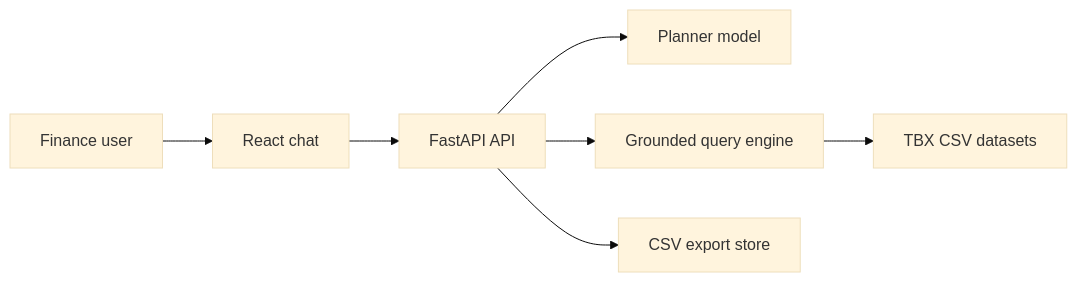
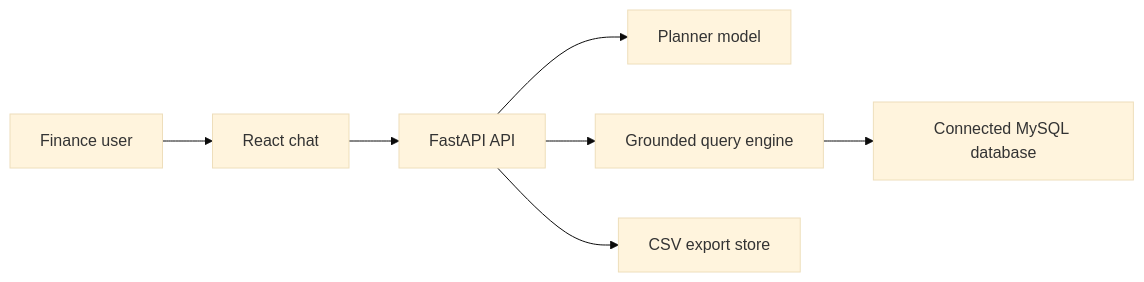
The first of 4 diagrams in docs/ARCHITECTURE.md (MenigStar91/tbx-ai-assistant), drawn with Mermaid (base theme) before and after one commit. The commit also changed other lines of this file, not shown here.

Commit message:
Move runtime analytics to introspected MySQL: docs/ARCHITECTURE.md

````diff
--- a/docs/ARCHITECTURE.md
+++ b/docs/ARCHITECTURE.md
@@ -36,9 +36,9 @@
 ```mermaid
 flowchart LR
     User[Finance user] --> UI[React chat]
     UI --> API[FastAPI API]
     API --> Model[Planner model]
     API --> Engine[Grounded query engine]
-    Engine --> CSV[TBX CSV datasets]
+    Engine --> DB[Connected MySQL database]
     API --> Export[CSV export store]
 ```
````
